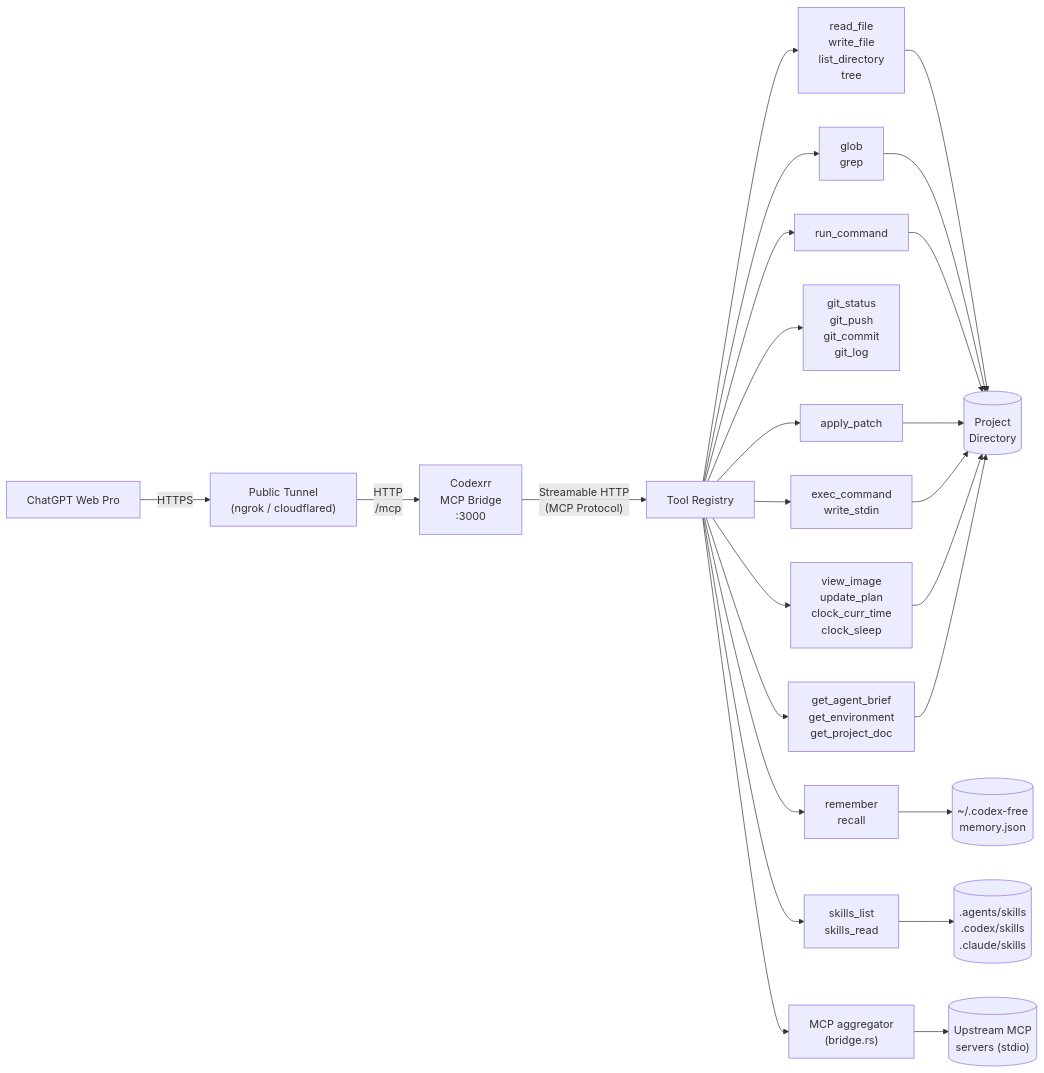
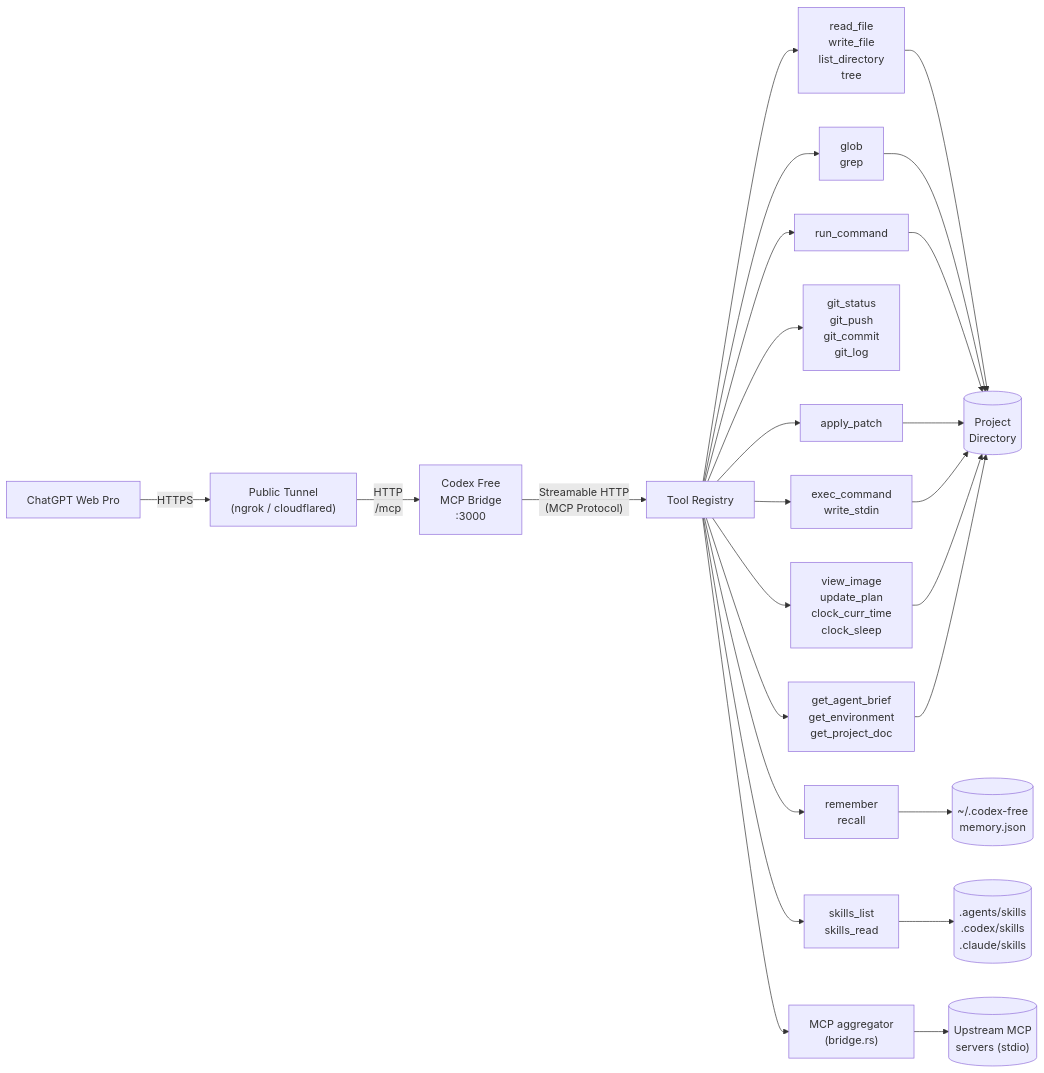
One commit to devnoname120/codex-free changed the diagram in README.md. Above: the diagram before and after it, drawn with Mermaid. The commit also changed other lines of this file and 18 other files, not shown here.

First line of the commit message:
release: v1.0.1 — rename codexrr back to codex-free; faster CI

````diff
--- a/README.md
+++ b/README.md
@@ -15,50 +15,50 @@
 ```mermaid
 flowchart LR
     ChatGPT["ChatGPT Web Pro"]
     Tunnel["Public Tunnel\n(ngrok / cloudflared)"]
-    Server["Codexrr\nMCP Bridge\n:3000"]
+    Server["Codex Free\nMCP Bridge\n:3000"]
     Tools["Tool Registry"]
 
     FS["read_file\nwrite_file\nlist_directory\ntree"]
     Search["glob\ngrep"]
     Shell["run_command"]
     Git["git_status\ngit_push\ngit_commit\ngit_log"]
     Edit["apply_patch"]
     Exec["exec_command\nwrite_stdin"]
     Agent["view_image\nupdate_plan\nclock_curr_time\nclock_sleep"]
     Env["get_agent_brief\nget_environment\nget_project_doc"]
     Mem["remember\nrecall"]
     Skills["skills_list\nskills_read"]
     Bridge["MCP aggregator\n(bridge.rs)"]
     WorkDir[("Project\nDirectory")]
     State[("~/.codex-free\nmemory.json")]
     SkillDirs[(".agents/skills\n.codex/skills\n.claude/skills")]
     Upstream[("Upstream MCP\nservers (stdio)")]
 
     ChatGPT -- "HTTPS" --> Tunnel
     Tunnel -- "HTTP\n/mcp" --> Server
     Server -- "Streamable HTTP\n(MCP Protocol)" --> Tools
 
     Tools --> FS
     Tools --> Search
     Tools --> Shell
     Tools --> Git
     Tools --> Edit
     Tools --> Exec
     Tools --> Agent
     Tools --> Env
     Tools --> Mem
     Tools --> Skills
     Tools --> Bridge
 
     FS --> WorkDir
     Search --> WorkDir
     Shell --> WorkDir
     Edit --> WorkDir
     Exec --> WorkDir
     Agent --> WorkDir
     Env --> WorkDir
     Mem --> State
     Skills --> SkillDirs
     Bridge --> Upstream
 ```
````
